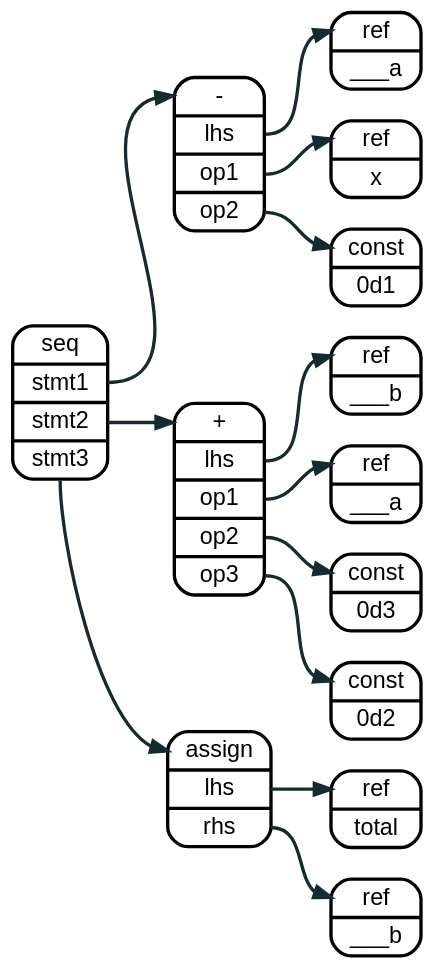
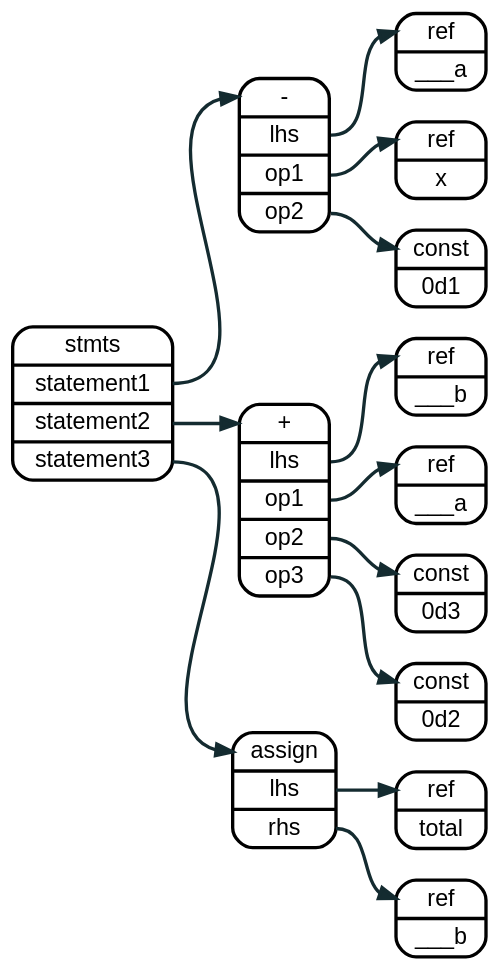
Before and after one commit to sakshi15108/lnast-doc: the diagram in source/graphviz/assign_simple_expression.dot, drawn with Graphviz. The commit also changed 7 other files, not shown here.

```diff
--- a/source/graphviz/assign_simple_expression.dot
+++ b/source/graphviz/assign_simple_expression.dot
@@ -1,42 +1,42 @@
 digraph assign {
   rankdir=LR
   bgcolor="transparent"
 
-  node [fontname = "helvetica", shape=record, style="rounded", penwidth = 2];
-  edge [fontname = "helvetica", color="#142b30", arrowhead="normal", penwidth = 2];
+  node  [fontname = "helvetica", shape=record, style="rounded", penwidth = 2];
+  edge  [fontname = "helvetica", color="#142b30", arrowhead="normal", penwidth = 2];
   graph [fontname = "helvetica"];
 
 
   nodea0 [label = "<a> - | <l> lhs  | <r1> op1 | <r2> op2 "];
   nodea1 [label = "<a> ref   | <l> ___a"];
   nodea2 [label = "<a> ref   | <l> x"];
   nodea3 [label = "<a> const | <l> 0d1"];
 
   nodeb0 [label = "<a> + | <l> lhs  | <r1> op1 | <r2> op2 | <r3> op3 "];
   nodeb1 [label = "<a> ref   | <l> ___b"];
   nodeb2 [label = "<a> ref   | <l> ___a"];
   nodeb3 [label = "<a> const | <l> 0d3"];
   nodeb4 [label = "<a> const | <l> 0d2"];
 
   node5 [label = "<a> assign | <l> lhs  | <r> rhs"];
   node6 [label = "<a> ref   | <l> total"];
   node7 [label = "<a> ref   | <l> ___b"];
 
-  node8 [label = "<a> seq | <s1> stmt1 | <s2> stmt2 | <s3> stmt3 "];
+  node8 [label = "<a> stmts | <s1> statement1 | <s2> statement2 | <s3> statement3"];
 
   node8:s1 -> nodea0:a;
   node8:s2 -> nodeb0:a;
   node8:s3 -> node5:a;
 
   nodea0:l -> nodea1:a;
   nodea0:r1 -> nodea2:a;
   nodea0:r2 -> nodea3:a;
 
   nodeb0:l -> nodeb1:a;
   nodeb0:r1 -> nodeb2:a;
   nodeb0:r2 -> nodeb3:a;
   nodeb0:r3 -> nodeb4:a;
 
   node5:l -> node6:a;
   node5:r -> node7:a;
 }
```
